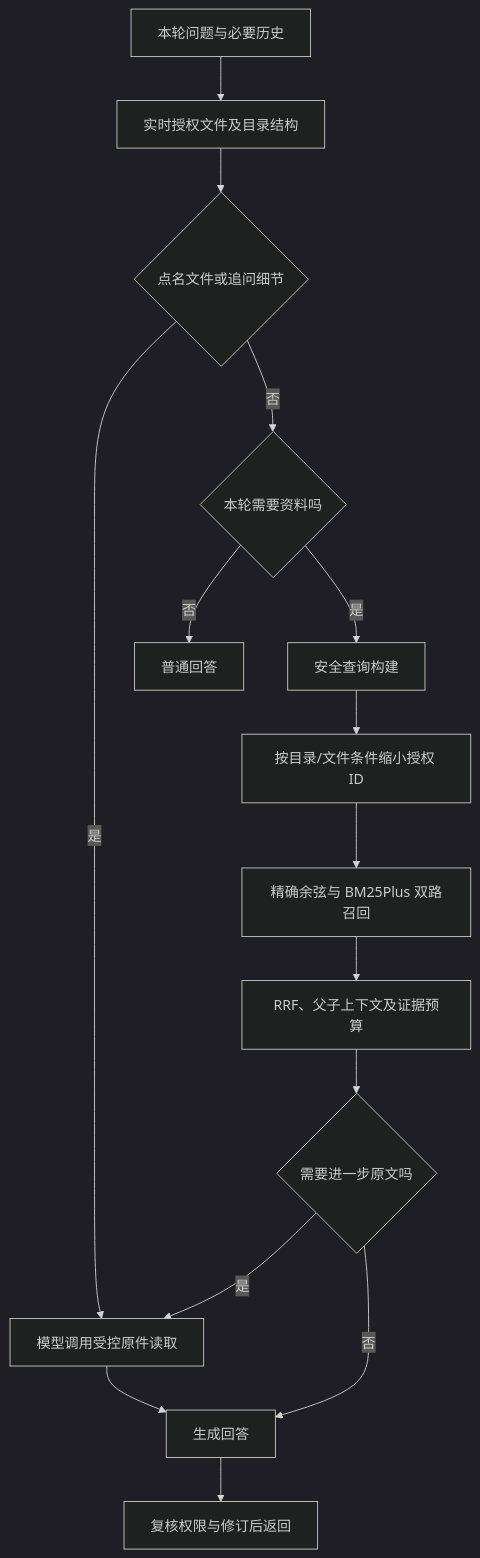
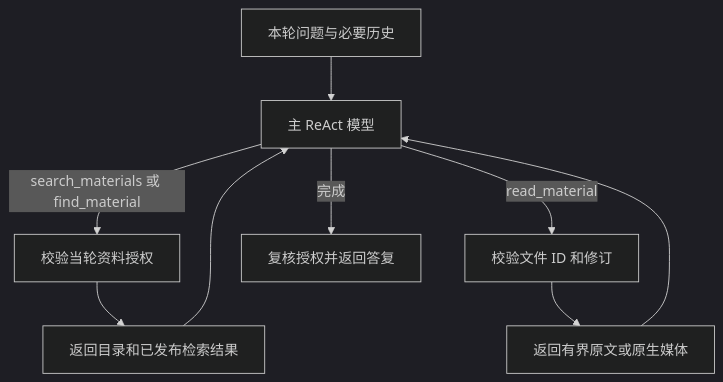
The third of 3 diagrams in docs/资料RAG与嵌入.md (terriblepepper/personal-avatar-manager), drawn with Mermaid (dark theme) before and after one commit. The commit also changed other lines of this file and 33 other files, not shown here.

````diff
--- a/docs/资料RAG与嵌入.md
+++ b/docs/资料RAG与嵌入.md
@@ -167,17 +149,11 @@
 ```mermaid
 flowchart TD
-    Q[本轮问题与必要历史] --> A[实时授权文件及目录结构]
-    A --> N{点名文件或追问细节}
-    N -->|是| H[模型调用受控原件读取]
-    N -->|否| B{本轮需要资料吗}
-    B -->|否| Z[普通回答]
-    B -->|是| C[安全查询构建]
-    C --> D[按目录/文件条件缩小授权 ID]
-    D --> E[精确余弦与 BM25Plus 双路召回]
-    E --> F[RRF、父子上下文及证据预算]
-    F --> G{需要进一步原文吗}
-    G -->|是| H[模型调用受控原件读取]
-    G -->|否| I[生成回答]
-    H --> I
-    I --> J[复核权限与修订后返回]
+    Q[本轮问题与必要历史] --> M[主 ReAct 模型]
+    M -->|search_materials 或 find_material| A[校验当轮资料授权]
+    A --> E[返回目录和已发布检索结果]
+    E --> M
+    M -->|read_material| F[校验文件 ID 和修订]
+    F --> R[返回有界原文或原生媒体]
+    R --> M
+    M -->|完成| J[复核授权并返回答复]
 ```
````
